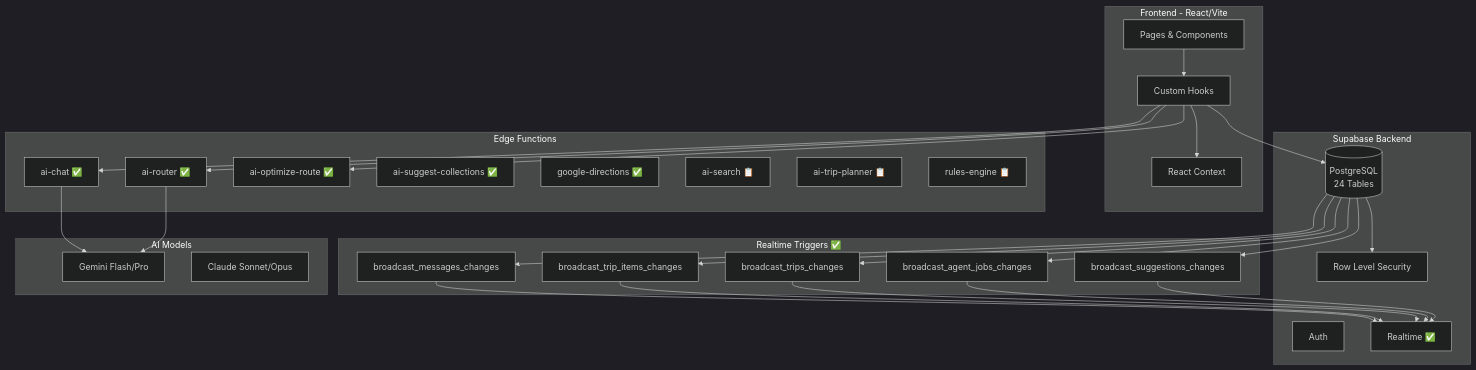
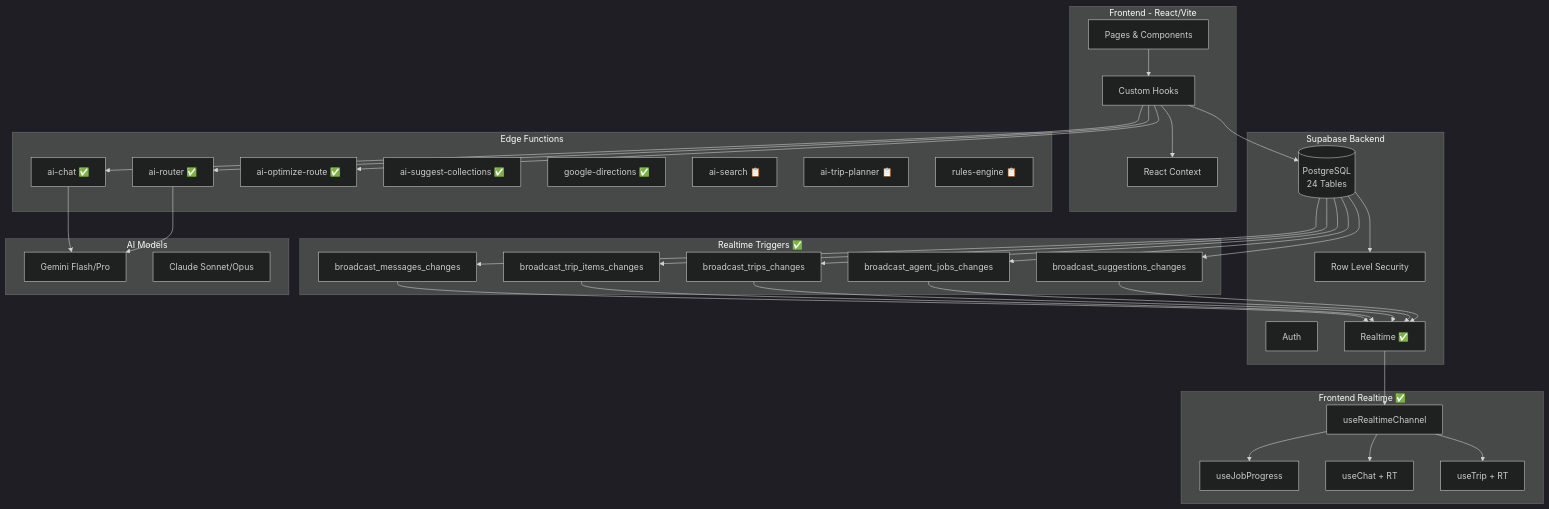
Before and after one commit to amo-tech-ai/mdeai: the second of 5 diagrams in docs/tasks/00-progress-tracker.md, drawn with Mermaid (dark theme). The commit also changed other lines of this file and 5 other files, not shown here.

````diff
--- a/docs/tasks/00-progress-tracker.md
+++ b/docs/tasks/00-progress-tracker.md
@@ -30,49 +30,58 @@
 ```mermaid
 graph TB
     subgraph "Frontend - React/Vite"
         UI[Pages & Components]
         Hooks[Custom Hooks]
         Context[React Context]
     end
     
     subgraph "Supabase Backend"
         Auth[Auth]
         DB[(PostgreSQL<br/>24 Tables)]
         RLS[Row Level Security]
         RT[Realtime ✅]
     end
     
     subgraph "Edge Functions"
         EF1[ai-chat ✅]
         EF2[ai-router ✅]
         EF3[ai-optimize-route ✅]
         EF4[ai-suggest-collections ✅]
         EF5[google-directions ✅]
         EF6[ai-search 📋]
         EF7[ai-trip-planner 📋]
         EF8[rules-engine 📋]
     end
     
     subgraph "Realtime Triggers ✅"
         T1[broadcast_messages_changes]
         T2[broadcast_trip_items_changes]
         T3[broadcast_trips_changes]
         T4[broadcast_agent_jobs_changes]
         T5[broadcast_suggestions_changes]
     end
     
     subgraph "AI Models"
         Gemini[Gemini Flash/Pro]
         Claude[Claude Sonnet/Opus]
     end
     
+    subgraph "Frontend Realtime ✅"
+        H1[useRealtimeChannel]
+        H2[useJobProgress]
+        H3[useChat + RT]
+        H4[useTrip + RT]
+    end
+    
     UI --> Hooks
     Hooks --> Context
     Hooks --> DB
     Hooks --> EF1 & EF2 & EF3
     EF1 --> Gemini
     EF2 --> Gemini
     DB --> RLS
     DB --> T1 & T2 & T3 & T4 & T5
     T1 & T2 & T3 & T4 & T5 --> RT
+    RT --> H1
+    H1 --> H2 & H3 & H4
 ```
````
